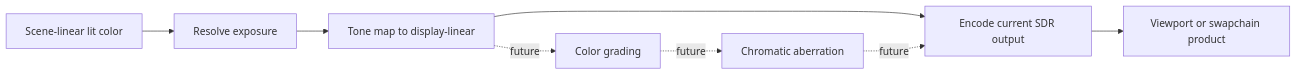
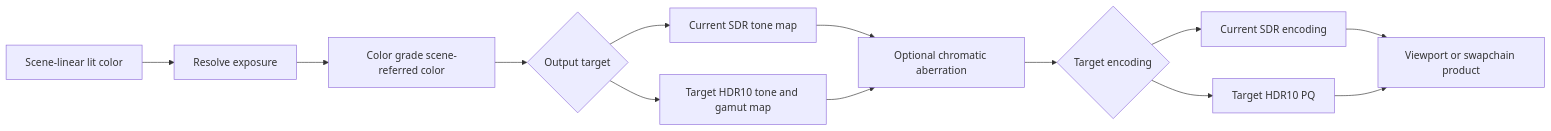
The diagram in Docs/Architecture/Modules/Engine/Renderer/Features/PostProcessing/DisplayPipeline/README.md (stoleckipawel/SparkleEngine), drawn with Mermaid before and after one commit. The commit also changed other lines of this file and 60 other files, not shown here.

Commit message:
offlien path tracer roadmap

````diff
--- a/Docs/Architecture/Modules/Engine/Renderer/Features/PostProcessing/DisplayPipeline/README.md
+++ b/Docs/Architecture/Modules/Engine/Renderer/Features/PostProcessing/DisplayPipeline/README.md
@@ -21,10 +22,15 @@
 ```mermaid
 flowchart LR
     Scene[Scene-linear lit color] --> Exposure[Resolve exposure]
-    Exposure --> Tone[Tone map to display-linear]
-    Tone -. future .-> Grade[Color grading]
-    Grade -. future .-> Lens[Chromatic aberration]
-    Tone --> Encode[Encode current SDR output]
-    Lens -. future .-> Encode
-    Encode --> Present[Viewport or swapchain product]
+    Exposure --> Grade[Color grade scene-referred color]
+    Grade --> ODT{Output target}
+    ODT --> Tone[Current SDR tone map]
+    ODT --> HDRTone[Target HDR10 tone and gamut map]
+    Tone --> Lens[Optional chromatic aberration]
+    HDRTone --> Lens
+    Lens --> Encode{Target encoding}
+    Encode --> SDR[Current SDR encoding]
+    Encode --> HDR[Target HDR10 PQ]
+    SDR --> Present[Viewport or swapchain product]
+    HDR --> Present
 ```
````
